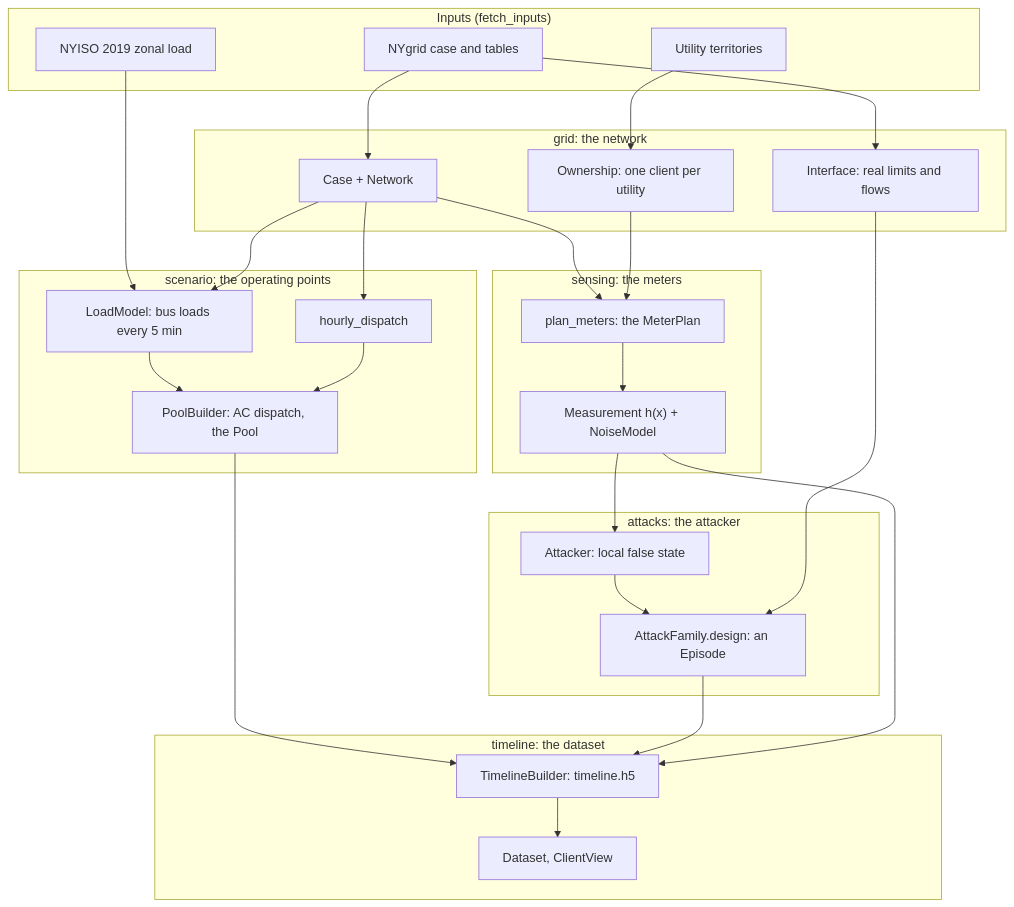
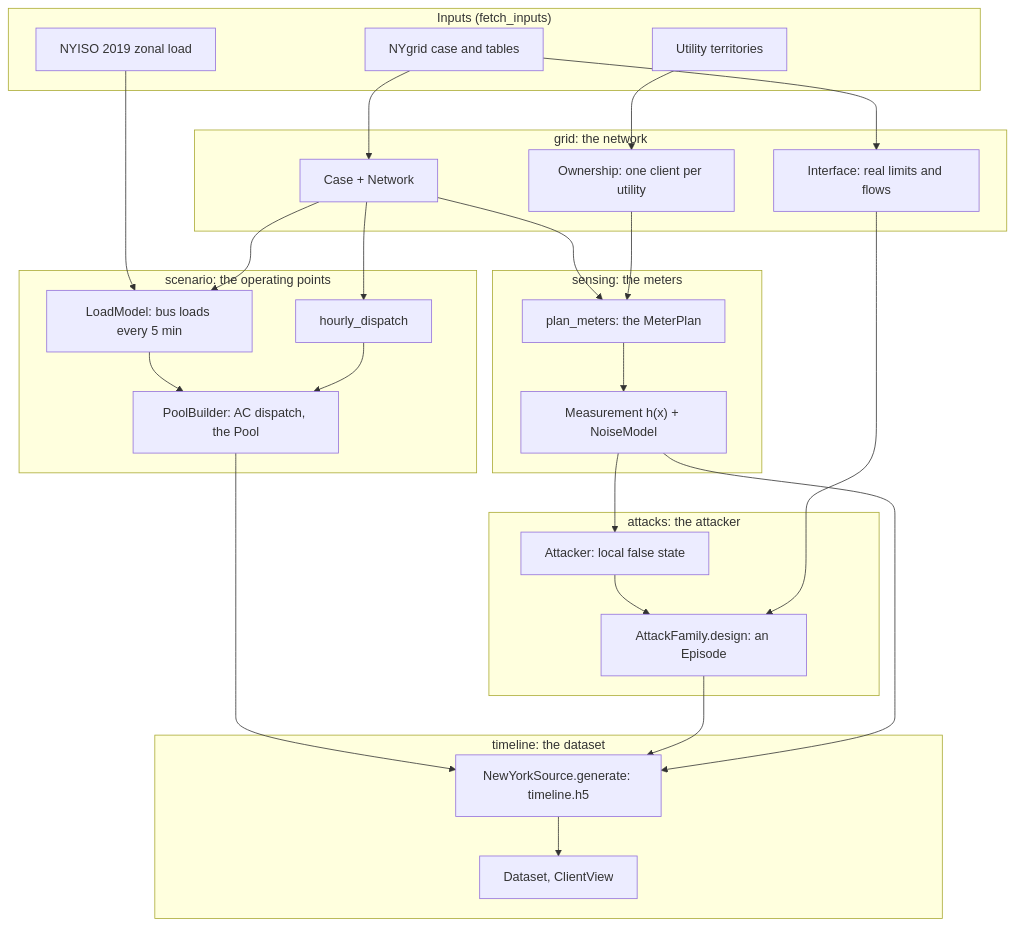
One commit to myersben9/fdia-graph changed the diagram in docs/figures/diagrams/nygrid_pipeline.mmd. Above: the diagram before and after it, drawn with Mermaid. The commit also changed 57 other files, not shown here.

Commit message:
One path generates a timeline: TimelineSource.generate for the IEEE cases and New York (#246)

```diff
--- a/docs/figures/diagrams/nygrid_pipeline.mmd
+++ b/docs/figures/diagrams/nygrid_pipeline.mmd
@@ -1,46 +1,46 @@
 flowchart TB
     subgraph inputs["Inputs (fetch_inputs)"]
         nygrid["NYgrid case and tables"]
         nyiso["NYISO 2019 zonal load"]
         terr["Utility territories"]
     end
     subgraph grid["grid: the network"]
         case["Case + Network"]
         own["Ownership: one client per utility"]
         ifaces["Interface: real limits and flows"]
     end
     subgraph scenario["scenario: the operating points"]
         loads["LoadModel: bus loads every 5 min"]
         dispatch["hourly_dispatch"]
         pool["PoolBuilder: AC dispatch, the Pool"]
     end
     subgraph sensing["sensing: the meters"]
         plan["plan_meters: the MeterPlan"]
         meas["Measurement h(x) + NoiseModel"]
     end
     subgraph attacks["attacks: the attacker"]
         att["Attacker: local false state"]
         fam["AttackFamily.design: an Episode"]
     end
     subgraph timeline["timeline: the dataset"]
-        builder["TimelineBuilder: timeline.h5"]
+        source["NewYorkSource.generate: timeline.h5"]
         ds["Dataset, ClientView"]
     end
     nygrid --> case
     terr --> own
     nygrid --> ifaces
     nyiso --> loads
     case --> loads
     case --> dispatch
     loads --> pool
     dispatch --> pool
     case --> plan
     own --> plan
     plan --> meas
     meas --> att
     att --> fam
     ifaces --> fam
-    pool --> builder
-    fam --> builder
-    meas --> builder
-    builder --> ds
+    pool --> source
+    fam --> source
+    meas --> source
+    source --> ds
```
